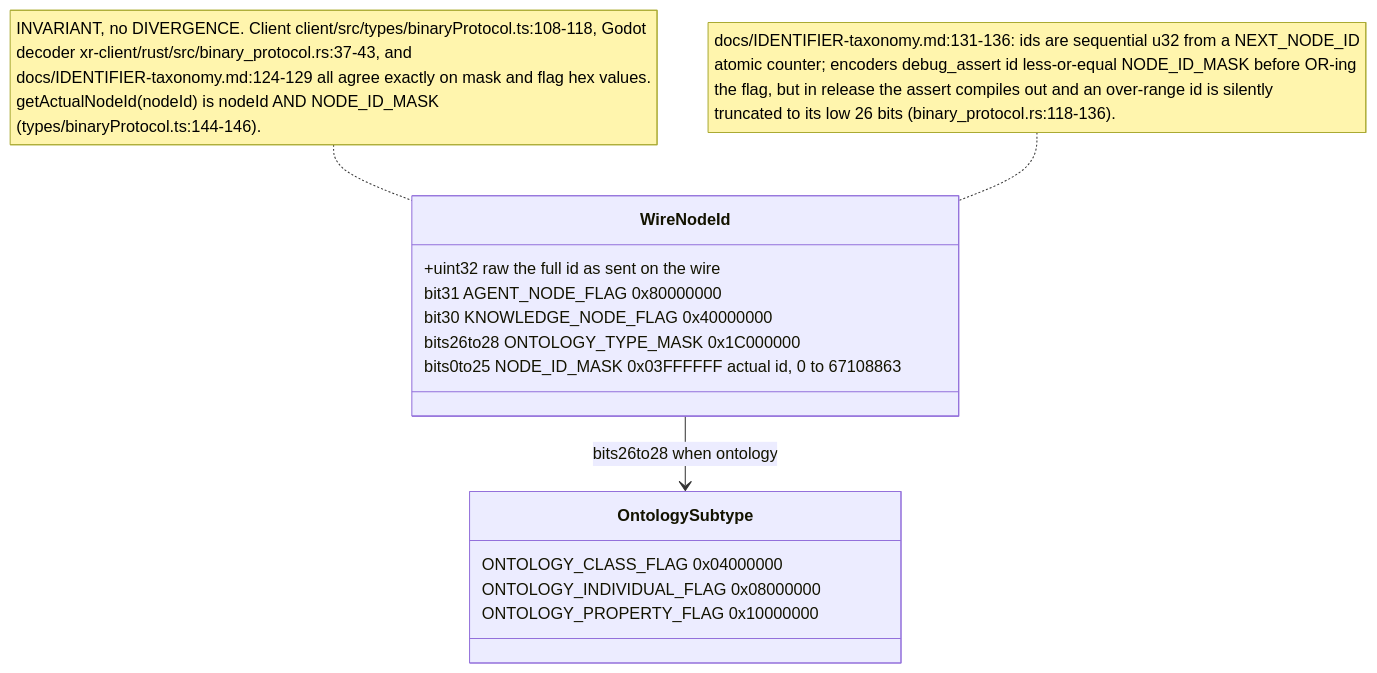
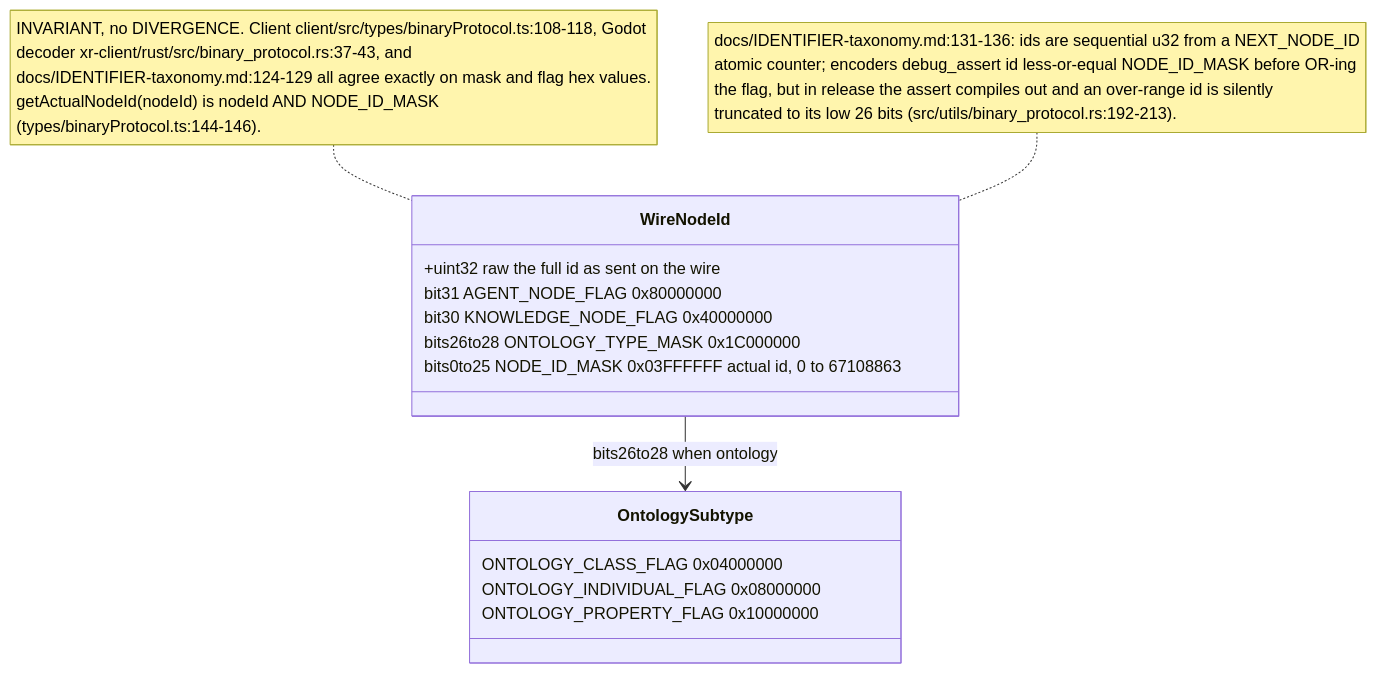
The sixth of 16 diagrams in docs/diagrams/visionclaw/32-client-websocket-and-binary.md (DreamLab-AI/VisionFlow), drawn with Mermaid before and after one commit. The commit also changed other lines of this file and 185 other files, not shown here.

Commit message:
docs(estate): reconcile diagrams and ADRs with source and define closeout sprint

````diff
--- a/docs/diagrams/visionclaw/32-client-websocket-and-binary.md
+++ b/docs/diagrams/visionclaw/32-client-websocket-and-binary.md
@@ -248,18 +251,18 @@
 ```mermaid
 classDiagram
     class WireNodeId {
       +uint32 raw  the full id as sent on the wire
       bit31 AGENT_NODE_FLAG 0x80000000
       bit30 KNOWLEDGE_NODE_FLAG 0x40000000
       bits26to28 ONTOLOGY_TYPE_MASK 0x1C000000
       bits0to25 NODE_ID_MASK 0x03FFFFFF  actual id, 0 to 67108863
     }
     class OntologySubtype {
       ONTOLOGY_CLASS_FLAG 0x04000000
       ONTOLOGY_INDIVIDUAL_FLAG 0x08000000
       ONTOLOGY_PROPERTY_FLAG 0x10000000
     }
     WireNodeId --> OntologySubtype : bits26to28 when ontology
     note for WireNodeId "INVARIANT, no DIVERGENCE. Client client/src/types/binaryProtocol.ts:108-118, Godot<br/>decoder xr-client/rust/src/binary_protocol.rs:37-43, and<br/>docs/IDENTIFIER-taxonomy.md:124-129 all agree exactly on mask and flag hex values.<br/>getActualNodeId(nodeId) is nodeId AND NODE_ID_MASK<br/>(types/binaryProtocol.ts:144-146)."
-    note for WireNodeId "docs/IDENTIFIER-taxonomy.md:131-136: ids are sequential u32 from a NEXT_NODE_ID<br/>atomic counter; encoders debug_assert id less-or-equal NODE_ID_MASK before OR-ing<br/>the flag, but in release the assert compiles out and an over-range id is silently<br/>truncated to its low 26 bits (binary_protocol.rs:118-136)."
+    note for WireNodeId "docs/IDENTIFIER-taxonomy.md:131-136: ids are sequential u32 from a NEXT_NODE_ID<br/>atomic counter; encoders debug_assert id less-or-equal NODE_ID_MASK before OR-ing<br/>the flag, but in release the assert compiles out and an over-range id is silently<br/>truncated to its low 26 bits (src/utils/binary_protocol.rs:192-213)."
 ```
````
